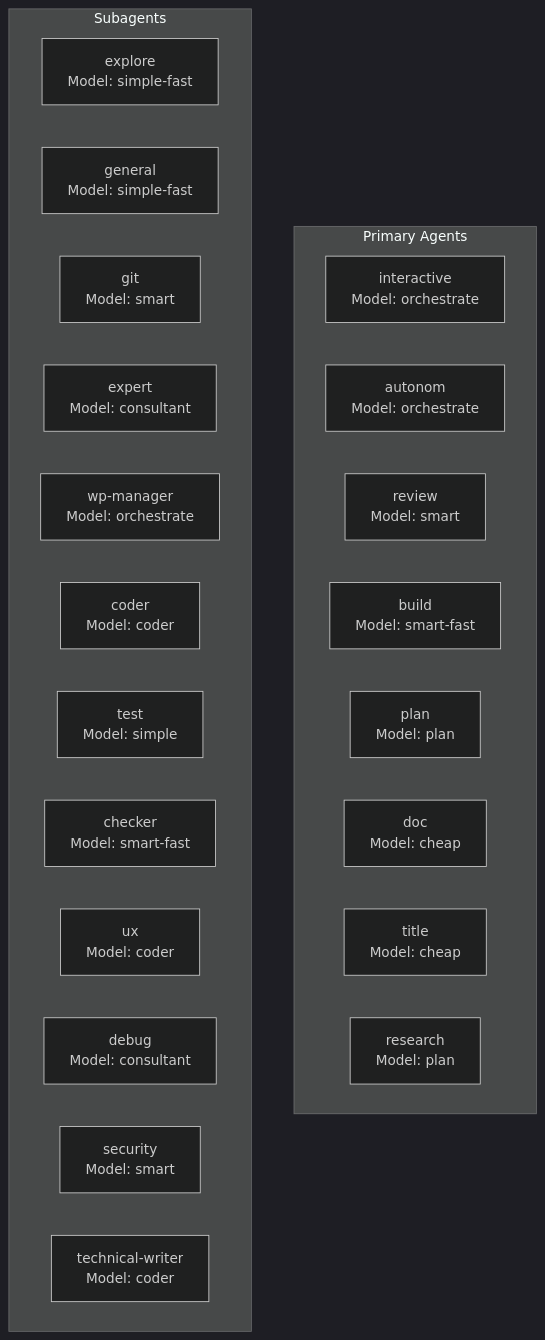
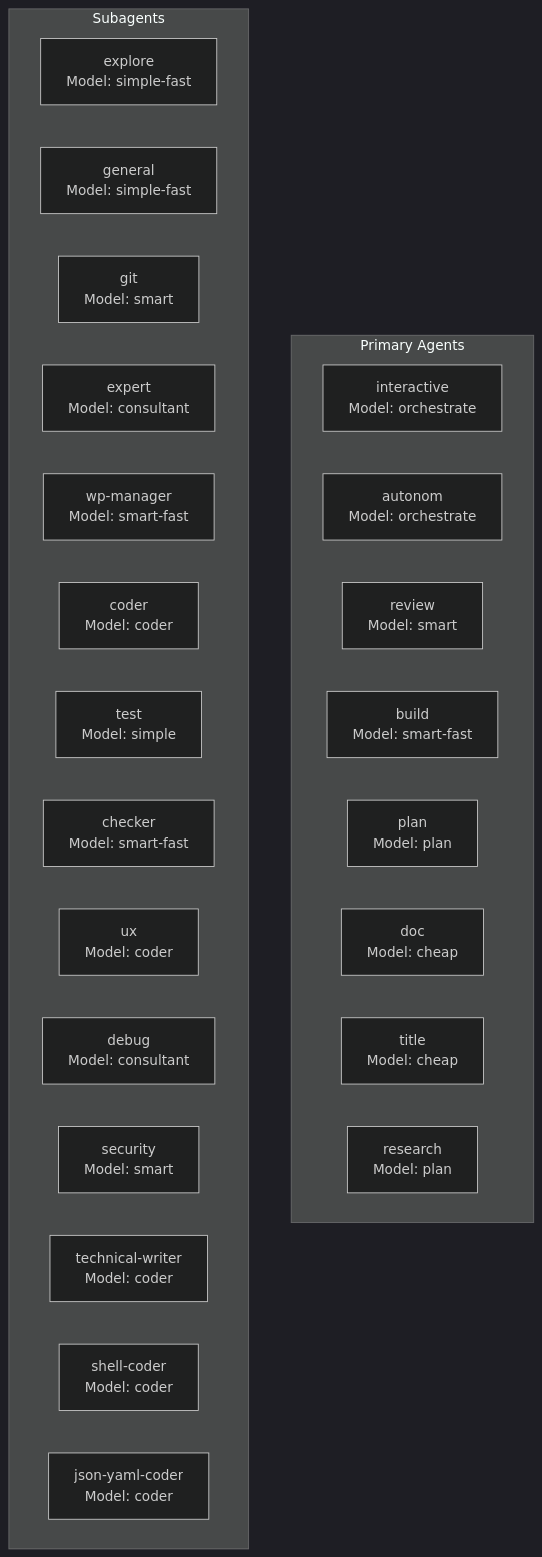
One commit to juliankahlert/opencode-config changed the second of 8 diagrams in pages/src/absurd/overview.md. Above: the diagram before and after it, drawn with Mermaid (dark theme). The commit also changed other lines of this file and 6 other files, not shown here.

````diff
--- a/pages/src/absurd/overview.md
+++ b/pages/src/absurd/overview.md
@@ -46,30 +46,32 @@
 ```mermaid
 graph TD
     subgraph "Primary Agents"
         direction LR
         INT["interactive<br/>Model: orchestrate"]
         AUT["autonom<br/>Model: orchestrate"]
         REV["review<br/>Model: smart"]
         BLD["build<br/>Model: smart-fast"]
         PLN["plan<br/>Model: plan"]
         DOC["doc<br/>Model: cheap"]
         TTL["title<br/>Model: cheap"]
         RSH["research<br/>Model: plan"]
     end
 
     subgraph "Subagents"
         direction LR
         EXP["explore<br/>Model: simple-fast"]
         GEN["general<br/>Model: simple-fast"]
         GIT["git<br/>Model: smart"]
         XPT["expert<br/>Model: consultant"]
-        WPM["wp-manager<br/>Model: orchestrate"]
+        WPM["wp-manager<br/>Model: smart-fast"]
         COD["coder<br/>Model: coder"]
         TST["test<br/>Model: simple"]
         CHK["checker<br/>Model: smart-fast"]
         UXD["ux<br/>Model: coder"]
         DBG["debug<br/>Model: consultant"]
         SEC["security<br/>Model: smart"]
         TWR["technical-writer<br/>Model: coder"]
+        SHC["shell-coder<br/>Model: coder"]
+        JYC["json-yaml-coder<br/>Model: coder"]
     end
 ```
````
